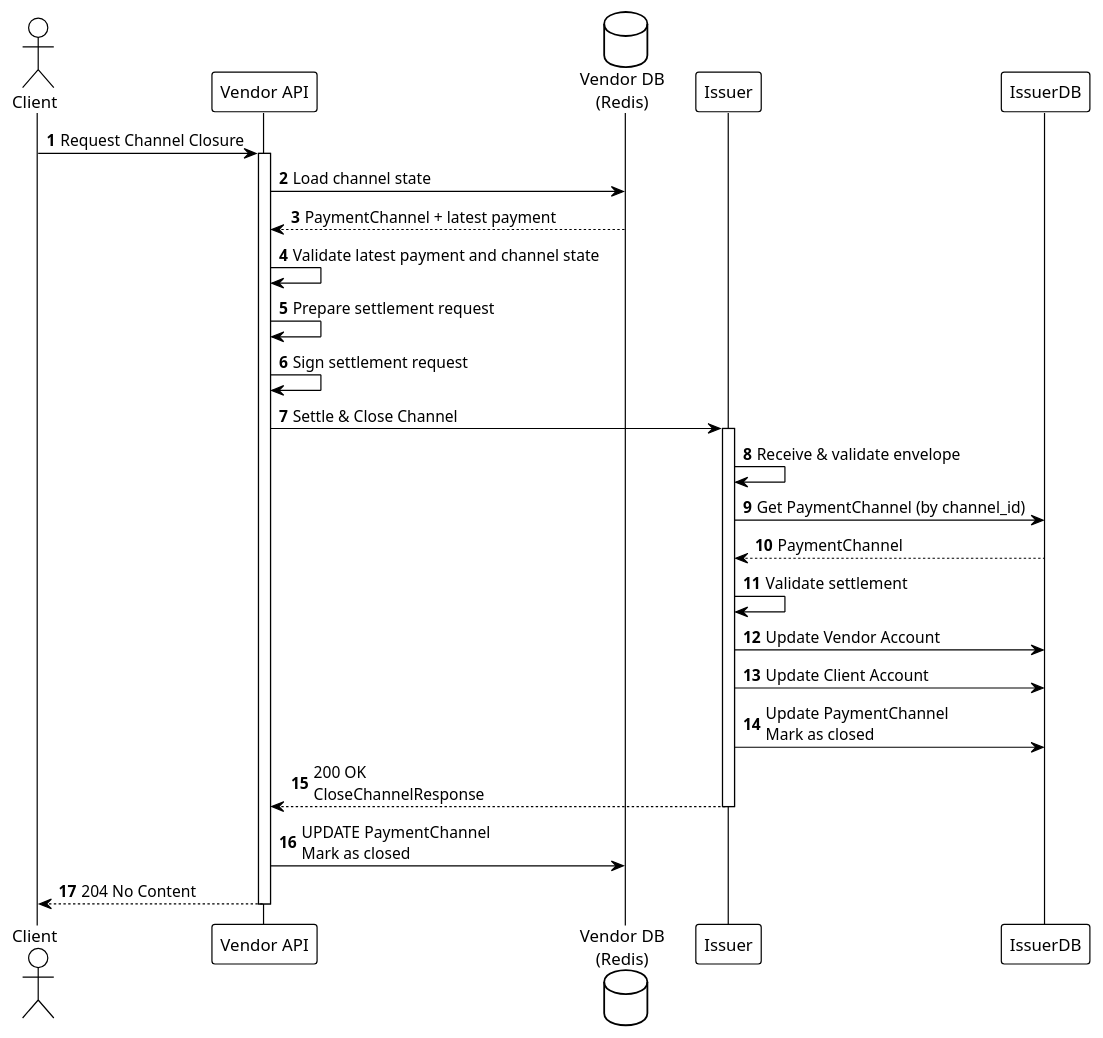
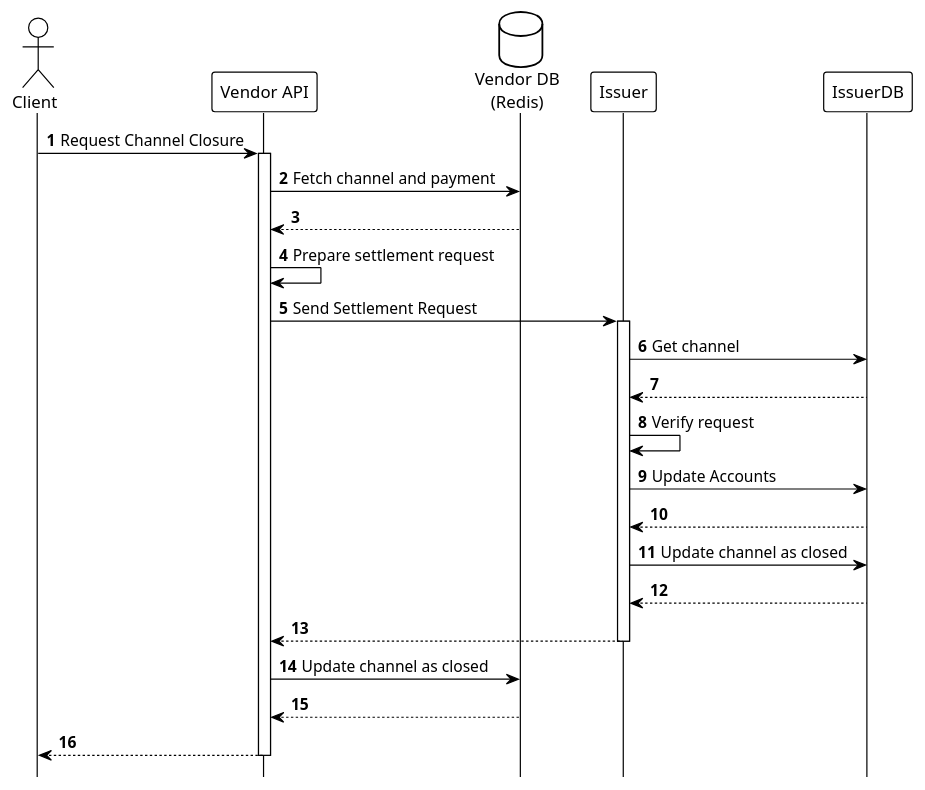
One commit to otaviootavio/nanomoni changed the diagram in umls/phase3-closure-initiation.puml. Above: the diagram before and after it, drawn with PlantUML. The commit also changed 6 other files, not shown here.

First line of the commit message:
Refactor UML diagrams for clarity and consistency

```diff
--- a/umls/phase3-closure-initiation.puml
+++ b/umls/phase3-closure-initiation.puml
@@ -1,42 +1,41 @@
 @startuml Phase3a_Closure_Initiation
 
 !theme plain
 autonumber
+
+hide footbox
 
 actor "Client" as Client
 participant "Vendor API" as Vendor
 database "Vendor DB\n(Redis)" as VendorDB
 
 Client -> Vendor: Request Channel Closure
 activate Vendor
 
-Vendor -> VendorDB: Load channel state
-VendorDB --> Vendor: PaymentChannel + latest payment
-
-Vendor -> Vendor: Validate latest payment and channel state
+Vendor -> VendorDB: Fetch channel and payment
+VendorDB --> Vendor
 
 Vendor -> Vendor: Prepare settlement request
-Vendor -> Vendor: Sign settlement request
 
-Vendor -> Issuer: Settle & Close Channel
+Vendor -> Issuer: Send Settlement Request
 activate Issuer
 
-Issuer -> Issuer: Receive & validate envelope
+Issuer -> IssuerDB: Get channel
+IssuerDB --> Issuer: 
 
-Issuer -> IssuerDB: Get PaymentChannel (by channel_id)
-IssuerDB --> Issuer: PaymentChannel
+Issuer -> Issuer: Verify request
 
-Issuer -> Issuer: Validate settlement
+Issuer -> IssuerDB: Update Accounts
+IssuerDB --> Issuer: 
+Issuer -> IssuerDB: Update channel as closed
+IssuerDB --> Issuer: 
 
-Issuer -> IssuerDB: Update Vendor Account
-Issuer -> IssuerDB: Update Client Account
-Issuer -> IssuerDB: Update PaymentChannel\nMark as closed
-
-Issuer --> Vendor: 200 OK\nCloseChannelResponse
+Issuer --> Vendor:
 deactivate Issuer
 
-Vendor -> VendorDB: UPDATE PaymentChannel\nMark as closed
-Vendor --> Client: 204 No Content
+Vendor -> VendorDB: Update channel as closed
+VendorDB --> Vendor: 
+Vendor --> Client
 deactivate Vendor
 
 @enduml
```
